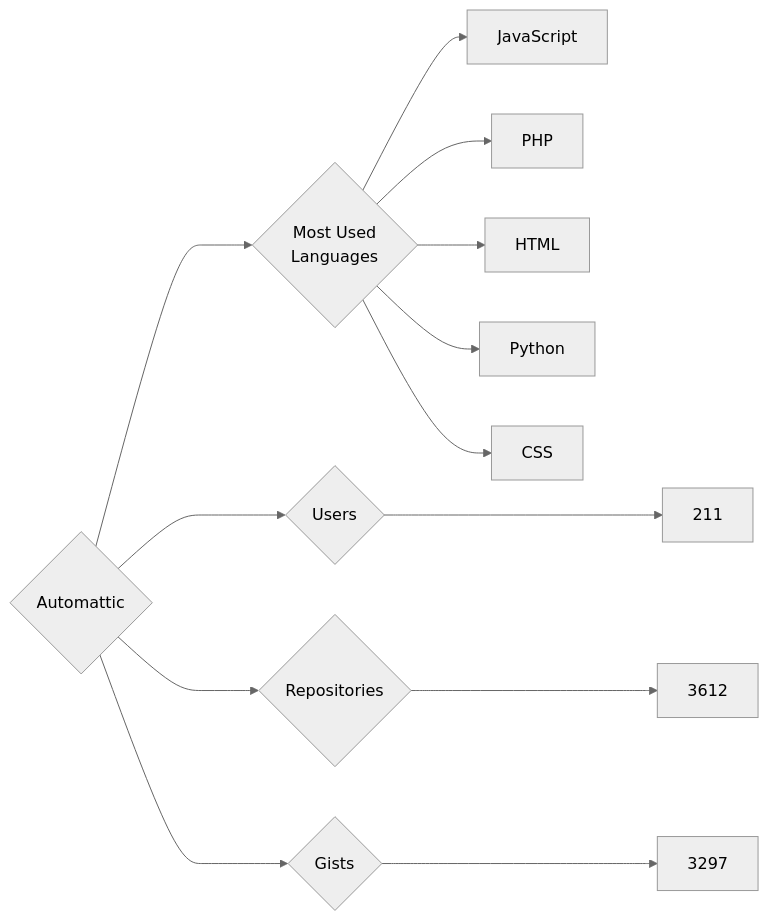
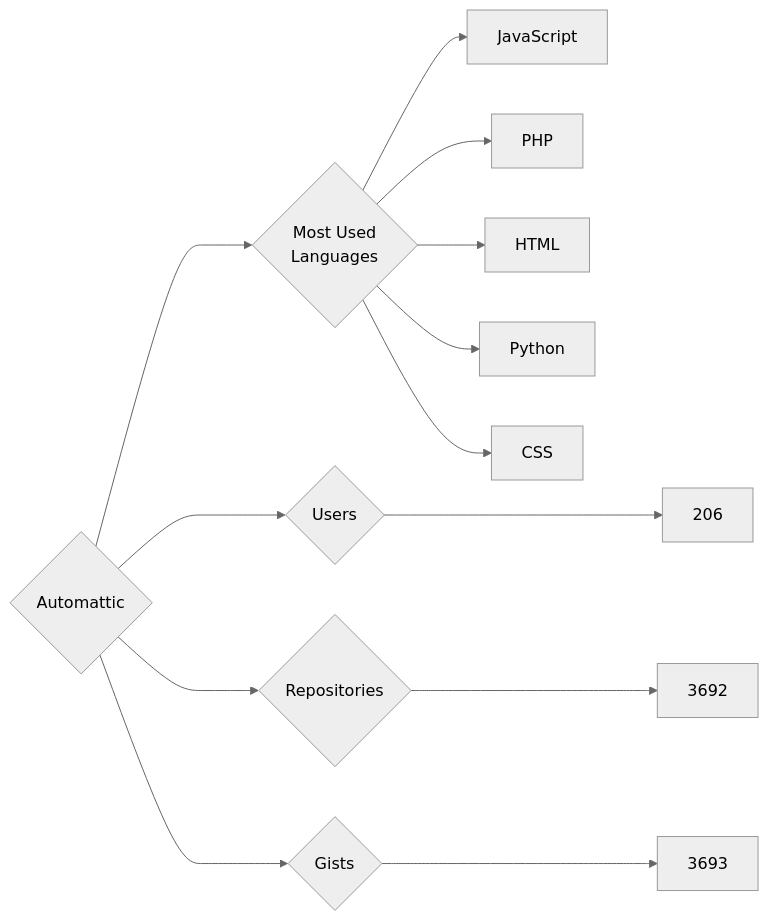
One commit to trickest/insiders changed the diagram in targets/Automattic/README.md. Above: the diagram before and after it, drawn with Mermaid (neutral theme). The commit also changed 629 other files, not shown here.

````diff
--- a/targets/Automattic/README.md
+++ b/targets/Automattic/README.md
@@ -3,13 +3,13 @@
 ```mermaid
 graph LR
 COMPANY_NAME{Automattic}
-COMPANY_NAME ---> U{Users} ---> UN[211]
-COMPANY_NAME ---> R{Repositories} ---> RN[3612]
-COMPANY_NAME ---> G{Gists} ---> GN[3297]
+COMPANY_NAME ---> U{Users} ---> UN[206]
+COMPANY_NAME ---> R{Repositories} ---> RN[3692]
+COMPANY_NAME ---> G{Gists} ---> GN[3693]
 COMPANY_NAME ---> ML{Most Used<br>Languages}
 ML --> JavaScript[JavaScript]
 ML --> PHP[PHP]
 ML --> HTML[HTML]
 ML --> Python[Python]
 ML --> CSS[CSS]
 ```
````
